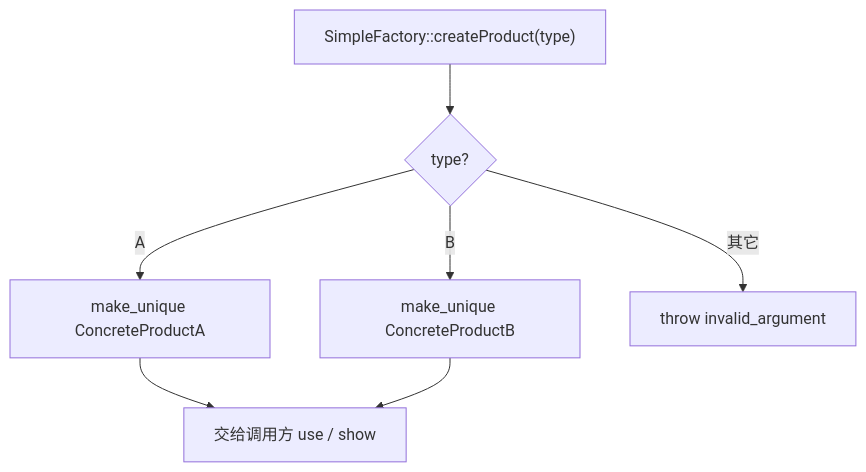
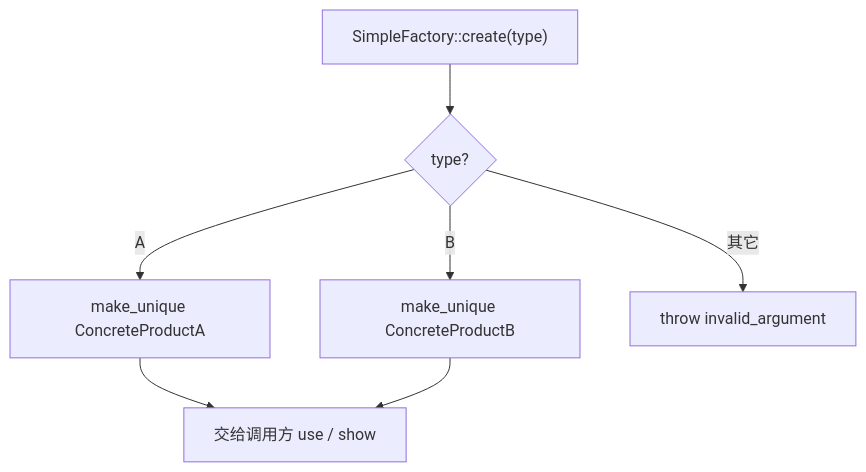
One commit to zackdlut/design_pattern changed the seventh of 9 diagrams in docs/creational/factory_method.md. Above: the diagram before and after it, drawn with Mermaid. The commit also changed other lines of this file and 12 other files, not shown here.

````diff
--- a/docs/creational/factory_method.md
+++ b/docs/creational/factory_method.md
@@ -259,9 +246,9 @@
 ```mermaid
 flowchart TD
-  A["SimpleFactory::createProduct(type)"] --> B{type?}
+  A["SimpleFactory::create(type)"] --> B{type?}
   B -->|A| PA[make_unique ConcreteProductA]
   B -->|B| PB[make_unique ConcreteProductB]
   B -->|其它| E[throw invalid_argument]
   PA --> C[交给调用方 use / show]
   PB --> C
 ```
````
